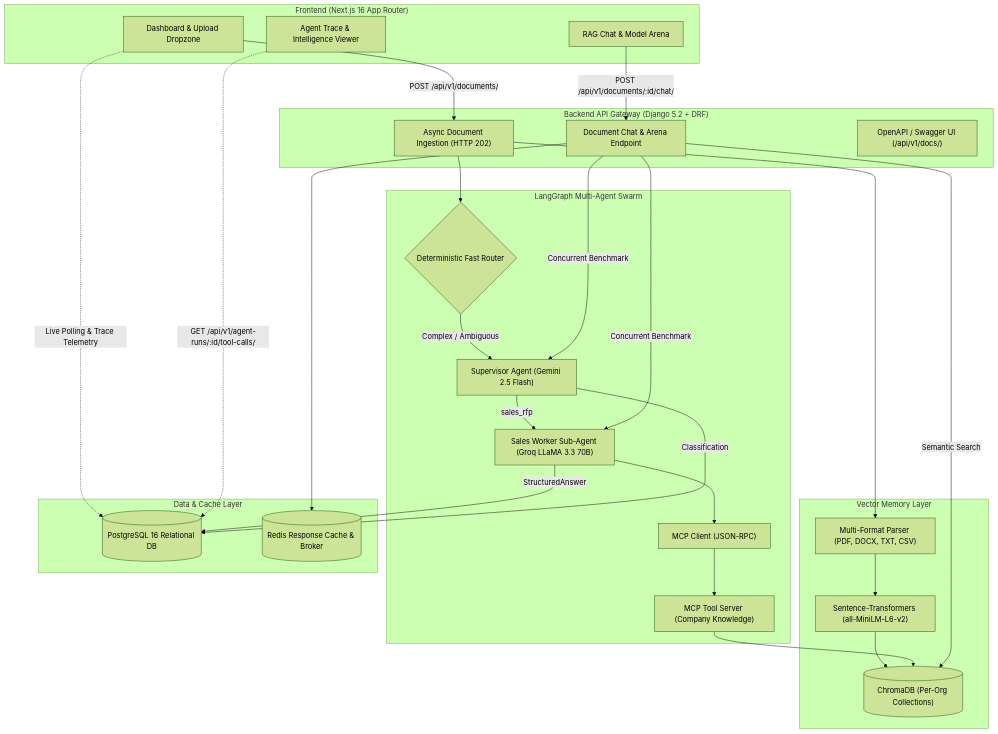
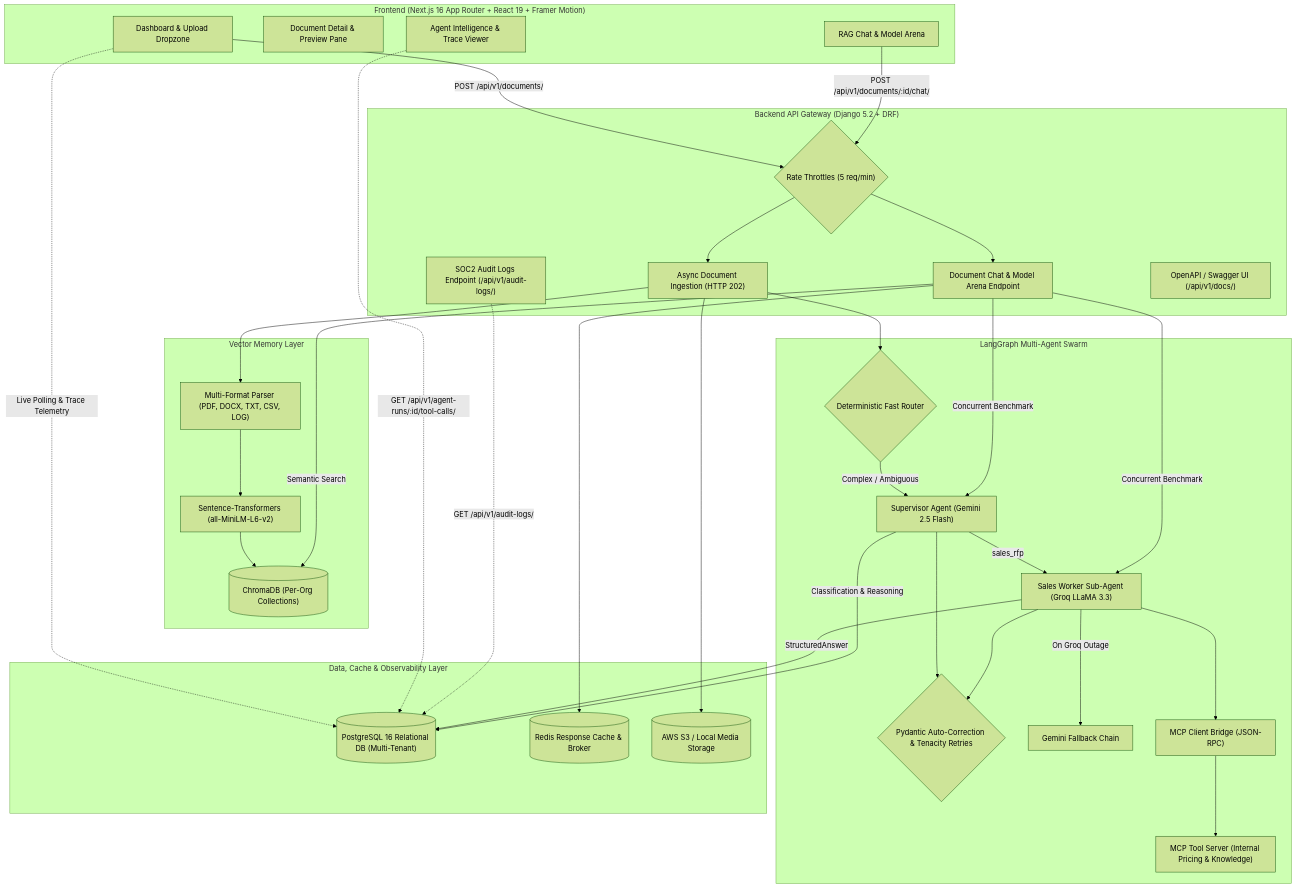
Before and after one commit to FaizanCyber007/OpsNexus: the diagram in README.md, drawn with Mermaid (forest theme). The commit also changed other lines of this file and 28 other files, not shown here.

Commit message:
feat: implement core backend orchestration and frontend chat/dashboard infrastructure for document analysis.

````diff
--- a/README.md
+++ b/README.md
@@ -50,51 +56,62 @@
 ```mermaid
 flowchart TD
-    subgraph Frontend["Frontend (Next.js 16 App Router)"]
+    subgraph Frontend["Frontend (Next.js 16 App Router + React 19 + Framer Motion)"]
         UI["Dashboard & Upload Dropzone"]
-        TraceUI["Agent Trace & Intelligence Viewer"]
+        Workbench["Document Detail & Preview Pane"]
+        TraceUI["Agent Intelligence & Trace Viewer"]
         ArenaUI["RAG Chat & Model Arena"]
     end
 
     subgraph API["Backend API Gateway (Django 5.2 + DRF)"]
         Ingest["Async Document Ingestion (HTTP 202)"]
-        ChatAPI["Document Chat & Arena Endpoint"]
+        ChatAPI["Document Chat & Model Arena Endpoint"]
+        AuditAPI["SOC2 Audit Logs Endpoint (/api/v1/audit-logs/)"]
         Swagger["OpenAPI / Swagger UI (/api/v1/docs/)"]
+        Throttle{"Rate Throttles (5 req/min)"}
     end
 
     subgraph Memory["Vector Memory Layer"]
-        Extractor["Multi-Format Parser (PDF, DOCX, TXT, CSV)"]
+        Extractor["Multi-Format Parser (PDF, DOCX, TXT, CSV, LOG)"]
         Embedder["Sentence-Transformers (all-MiniLM-L6-v2)"]
         Chroma[("ChromaDB (Per-Org Collections)")]
     end
 
     subgraph Agents["LangGraph Multi-Agent Swarm"]
         FastRouter{"Deterministic Fast Router"}
         Supervisor["Supervisor Agent (Gemini 2.5 Flash)"]
-        SalesWorker["Sales Worker Sub-Agent (Groq LLaMA 3.3 70B)"]
-        MCPClient["MCP Client (JSON-RPC)"]
-        MCPHost["MCP Tool Server (Company Knowledge)"]
+        Guardrails{"Pydantic Auto-Correction & Tenacity Retries"}
+        SalesWorker["Sales Worker Sub-Agent (Groq LLaMA 3.3)"]
+        Fallback["Gemini Fallback Chain"]
+        MCPClient["MCP Client Bridge (JSON-RPC)"]
+        MCPHost["MCP Tool Server (Internal Pricing & Knowledge)"]
     end
 
-    subgraph Storage["Data & Cache Layer"]
-        PG[("PostgreSQL 16 Relational DB")]
+    subgraph Storage["Data, Cache & Observability Layer"]
+        PG[("PostgreSQL 16 Relational DB (Multi-Tenant)")]
         Redis[("Redis Response Cache & Broker")]
+        S3[("AWS S3 / Local Media Storage")]
     end
 
-    UI -->|POST /api/v1/documents/| Ingest
+    UI -->|POST /api/v1/documents/| Throttle --> Ingest
     Ingest --> Extractor --> Embedder --> Chroma
+    Ingest --> S3
     Ingest --> FastRouter
     FastRouter -->|Complex / Ambiguous| Supervisor
+    Supervisor --> Guardrails
     Supervisor -->|sales_rfp| SalesWorker
-    SalesWorker --> MCPClient --> MCPHost --> Chroma
+    SalesWorker --> Guardrails
+    SalesWorker -->|On Groq Outage| Fallback
+    SalesWorker --> MCPClient --> MCPHost
     SalesWorker -->|StructuredAnswer| PG
-    Supervisor -->|Classification| PG
+    Supervisor -->|Classification & Reasoning| PG
     
-    ArenaUI -->|POST /api/v1/documents/:id/chat/| ChatAPI
+    ArenaUI -->|POST /api/v1/documents/:id/chat/| Throttle --> ChatAPI
     ChatAPI --> Redis
     ChatAPI -->|Semantic Search| Chroma
     ChatAPI -->|Concurrent Benchmark| SalesWorker
     ChatAPI -->|Concurrent Benchmark| Supervisor
 
     UI -.->|Live Polling & Trace Telemetry| PG
     TraceUI -.->|GET /api/v1/agent-runs/:id/tool-calls/| PG
+    AuditAPI -.->|GET /api/v1/audit-logs/| PG
 ```
````
